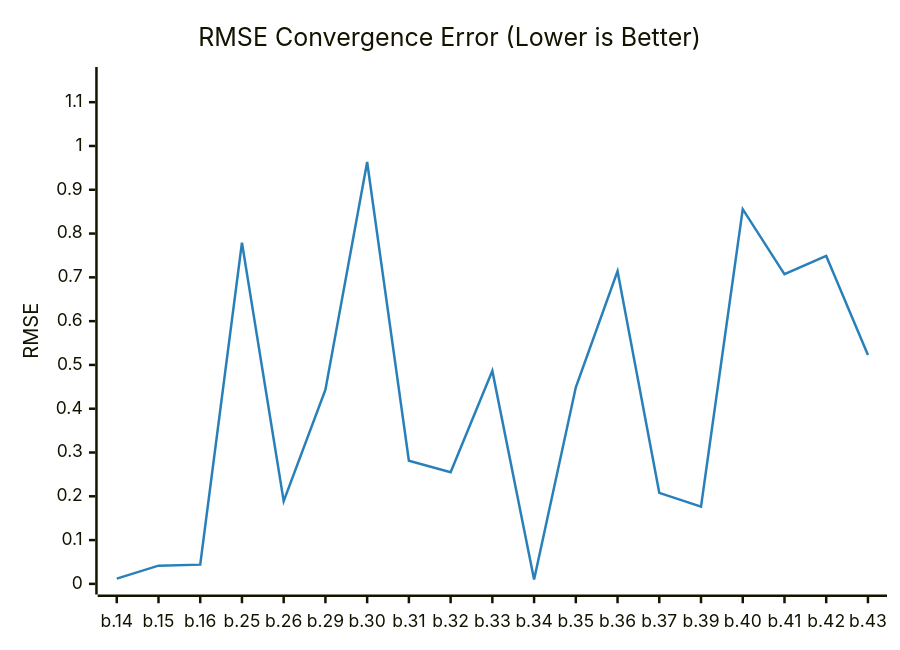
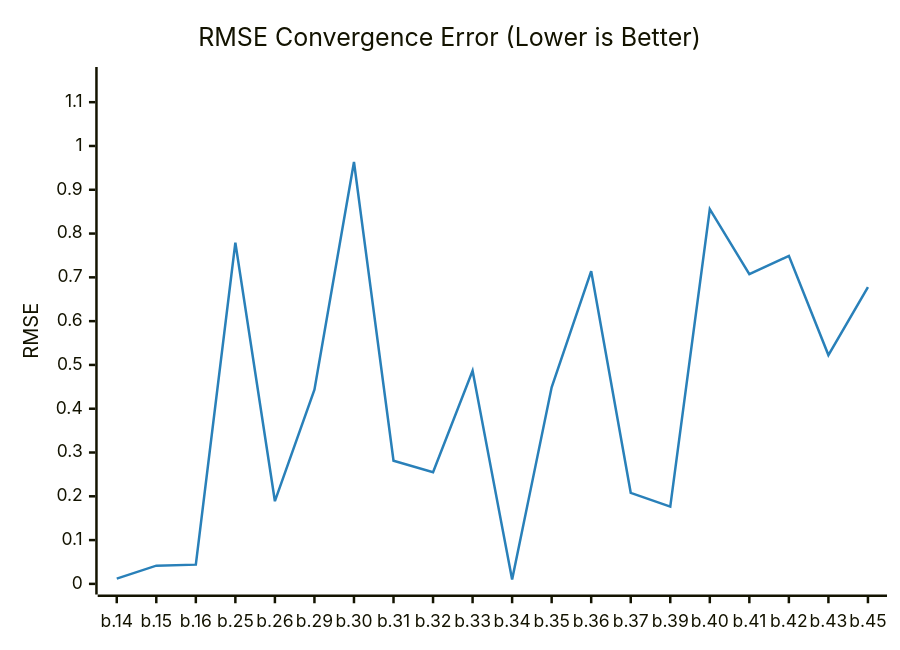
One commit to timo-eberl/tracy changed the diagram in README.md. Above: the diagram before and after it, drawn with Mermaid. The commit also changed other lines of this file and 3 other files, not shown here.

````diff
--- a/README.md
+++ b/README.md
@@ -13,14 +13,14 @@
 ```mermaid
 ---
 config:
     theme: base
     themeVariables:
         xyChart:
             plotColorPalette: "#2980b9"
 ---
 xychart-beta
     title "RMSE Convergence Error (Lower is Better)"
-    x-axis ["b.14", "b.15", "b.16", "b.25", "b.26", "b.29", "b.30", "b.31", "b.32", "b.33", "b.34", "b.35", "b.36", "b.37", "b.39", "b.40", "b.41", "b.42", "b.43"]
+    x-axis ["b.14", "b.15", "b.16", "b.25", "b.26", "b.29", "b.30", "b.31", "b.32", "b.33", "b.34", "b.35", "b.36", "b.37", "b.39", "b.40", "b.41", "b.42", "b.43", "b.45"]
     y-axis "RMSE" 0 --> 1.1561
-    line [0.012064, 0.041607, 0.043946, 0.7793, 0.1888, 0.4436, 0.9634, 0.2812, 0.2549, 0.4864, 0.0098, 0.4489, 0.7142, 0.2079, 0.1763, 0.8557, 0.7071, 0.749, 0.5226]
+    line [0.012064, 0.041607, 0.043946, 0.7793, 0.1888, 0.4436, 0.9634, 0.2812, 0.2549, 0.4864, 0.0098, 0.4489, 0.7142, 0.2079, 0.1763, 0.8557, 0.7071, 0.749, 0.5226, 0.677836]
 ```
````
